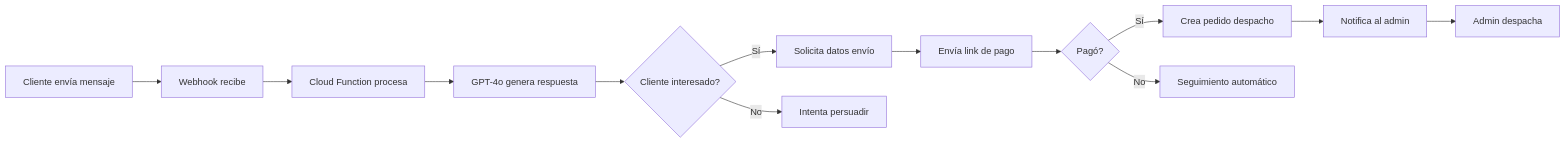
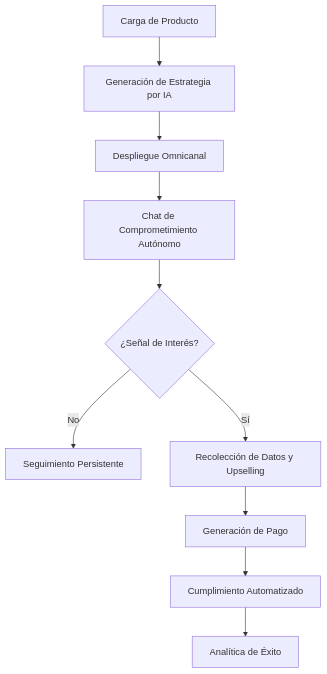
Before and after one commit to FerchoGG2006/NEXUS: the diagram in README.md, drawn with Mermaid. The commit also changed other lines of this file, not shown here.

Commit message:
docs: Overhaul README to provide comprehensive details on system vision, architecture, main functionality, and setup.

````diff
--- a/README.md
+++ b/README.md
@@ -160,15 +19,12 @@
 ```mermaid
-graph LR
-    A[Cliente envía mensaje] --> B[Webhook recibe]
-    B --> C[Cloud Function procesa]
-    C --> D[GPT-4o genera respuesta]
-    D --> E{Cliente interesado?}
-    E -->|Sí| F[Solicita datos envío]
-    F --> G[Envía link de pago]
-    G --> H{Pagó?}
-    H -->|Sí| I[Crea pedido despacho]
-    I --> J[Notifica al admin]
-    J --> K[Admin despacha]
-    H -->|No| L[Seguimiento automático]
-    E -->|No| M[Intenta persuadir]
+graph TD
+    A[Carga de Producto] --> B[Generación de Estrategia por IA]
+    B --> C[Despliegue Omnicanal]
+    C --> D[Chat de Comprometimiento Autónomo]
+    D --> E{¿Señal de Interés?}
+    E -->|No| F[Seguimiento Persistente]
+    E -->|Sí| G[Recolección de Datos y Upselling]
+    G --> H[Generación de Pago]
+    H --> I[Cumplimiento Automatizado]
+    I --> J[Analítica de Éxito]
 ```
````
